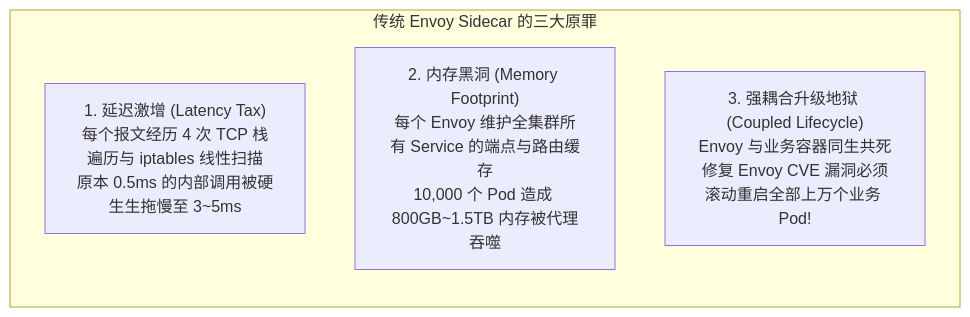
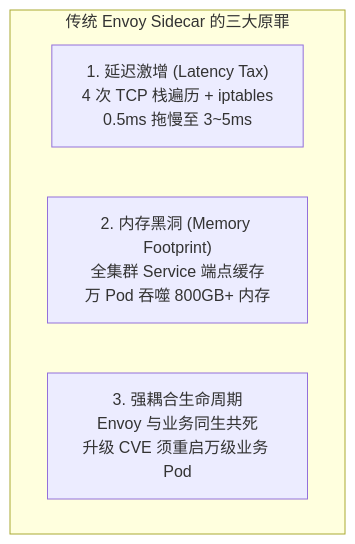
Before and after one commit to MoreConsequence/MoreConsequence.github.io: the second of 5 diagrams in content/posts/kubernetes-internals/k8s-16-service-mesh-ambient-sidecarless-cilium-ebpf.md, drawn with Mermaid. The commit also changed other lines of this file and 835 other files, not shown here.

First line of the commit message:
feat(blog): 全站33篇新增深度专栏与博文全量审核上线及矢量图表优化

````diff
--- a/content/posts/kubernetes-internals/k8s-16-service-mesh-ambient-sidecarless-cilium-ebpf.md
+++ b/content/posts/kubernetes-internals/k8s-16-service-mesh-ambient-sidecarless-cilium-ebpf.md
@@ -80,9 +80,9 @@
 ```mermaid
-flowchart TD
+flowchart LR
     subgraph PainPoints["传统 Envoy Sidecar 的三大原罪"]
-        direction TB
-        P1["1. 延迟激增 (Latency Tax)<br/>每个报文经历 4 次 TCP 栈遍历与 iptables 线性扫描<br/>原本 0.5ms 的内部调用被硬生生拖慢至 3~5ms"]
-        P2["2. 内存黑洞 (Memory Footprint)<br/>每个 Envoy 维护全集群所有 Service 的端点与路由缓存<br/>10,000 个 Pod 造成 800GB~1.5TB 内存被代理吞噬"]
-        P3["3. 强耦合升级地狱 (Coupled Lifecycle)<br/>Envoy 与业务容器同生共死<br/>修复 Envoy CVE 漏洞必须滚动重启全部上万个业务 Pod!"]
+        direction LR
+        P1["1. 延迟激增 (Latency Tax)<br/>4 次 TCP 栈遍历 + iptables<br/>0.5ms 拖慢至 3~5ms"]
+        P2["2. 内存黑洞 (Memory Footprint)<br/>全集群 Service 端点缓存<br/>万 Pod 吞噬 800GB+ 内存"]
+        P3["3. 强耦合生命周期<br/>Envoy 与业务同生共死<br/>升级 CVE 须重启万级业务 Pod"]
     end
 ```
````
